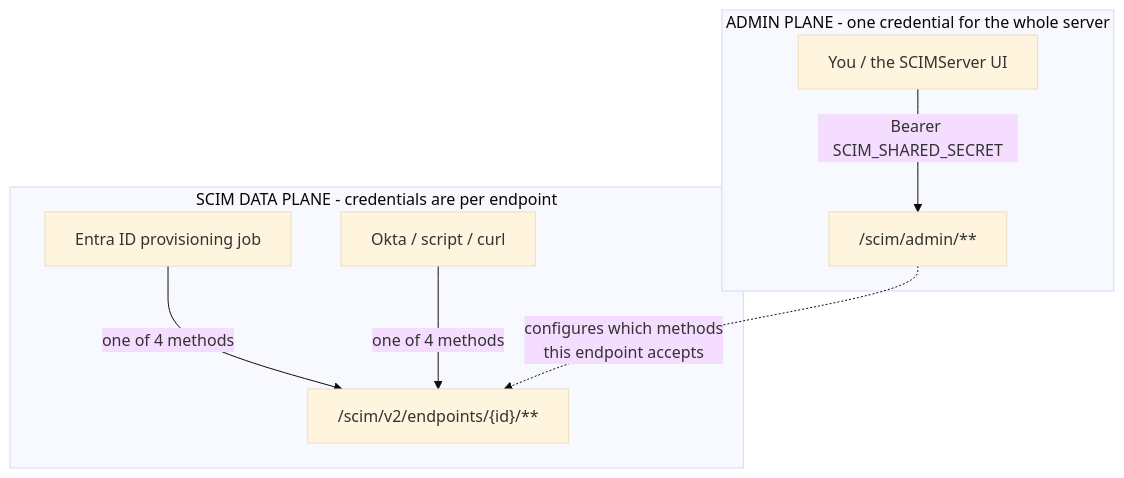
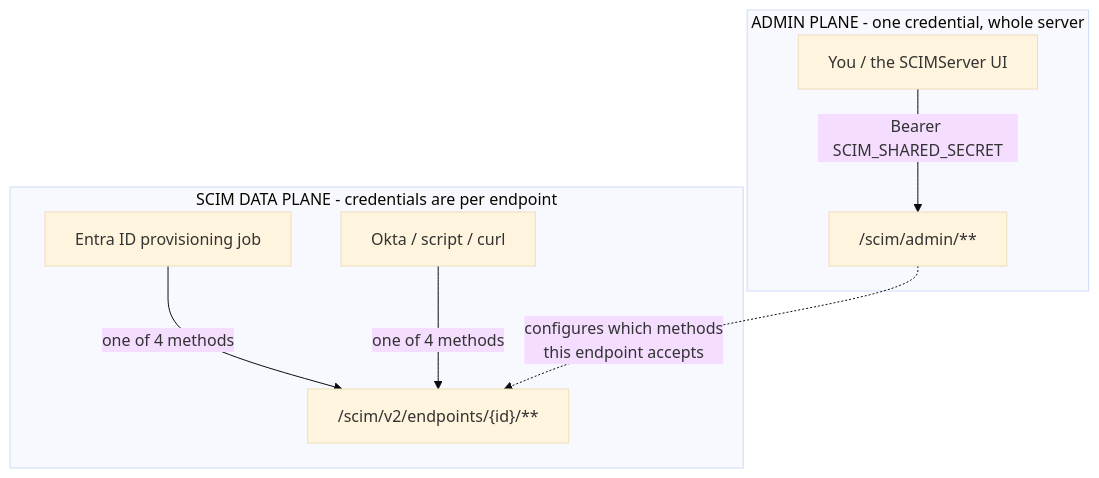
The first of 5 diagrams in docs/AUTHENTICATION_GUIDE.md (pranems/SCIMServer), drawn with Mermaid (base theme) before and after one commit. The commit also changed other lines of this file and 17 other files, not shown here.

````diff
--- a/docs/AUTHENTICATION_GUIDE.md
+++ b/docs/AUTHENTICATION_GUIDE.md
@@ -36,11 +40,11 @@
 ```mermaid
 flowchart TD
-    subgraph Admin["ADMIN PLANE - one credential for the whole server"]
+    subgraph Admin["ADMIN PLANE - one credential, whole server"]
         A1["You / the SCIMServer UI"] -->|"Bearer SCIM_SHARED_SECRET"| A2["/scim/admin/**"]
     end
     subgraph Data["SCIM DATA PLANE - credentials are per endpoint"]
         B1["Entra ID provisioning job"] -->|"one of 4 methods"| B2["/scim/v2/endpoints/{id}/**"]
         B3["Okta / script / curl"] -->|"one of 4 methods"| B2
     end
     A2 -.->|"configures which methods<br/>this endpoint accepts"| B2
 ```
````
